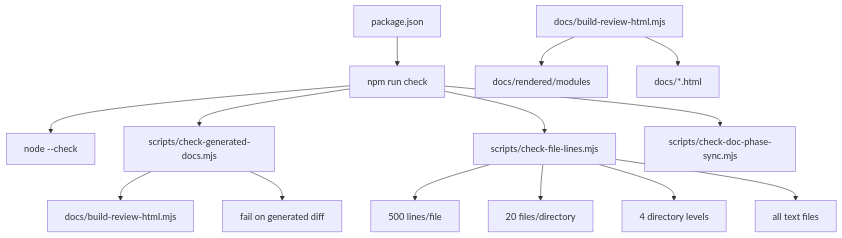
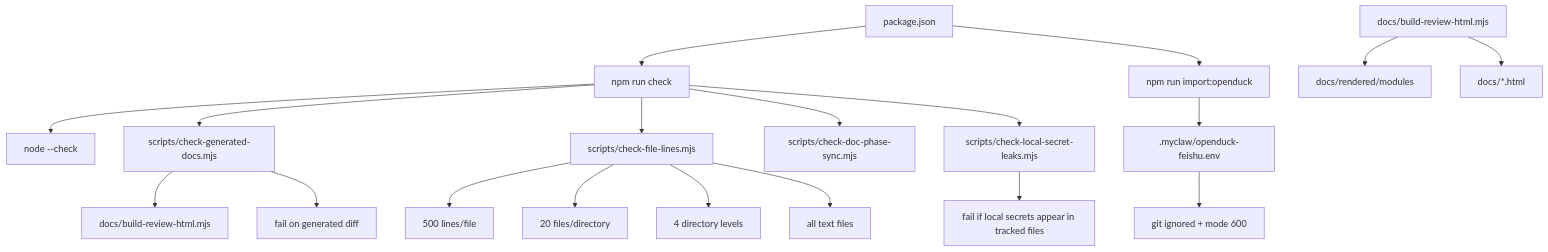
Before and after one commit to mayf3/myclaw: the fourth of 10 diagrams in docs/implementation-architecture.md, drawn with Mermaid. The commit also changed other lines of this file and 28 other files, not shown here.

Commit message:
feat: add safe openduck Feishu import

````diff
--- a/docs/implementation-architecture.md
+++ b/docs/implementation-architecture.md
@@ -100,16 +110,21 @@
 ```mermaid
 flowchart TB
   Package[package.json] --> CheckScript[npm run check]
+  Package --> ImportScript[npm run import:openduck]
   CheckScript --> Syntax[node --check]
   CheckScript --> Generated[scripts/check-generated-docs.mjs]
   CheckScript --> Structure[scripts/check-file-lines.mjs]
   CheckScript --> PhaseSync[scripts/check-doc-phase-sync.mjs]
+  CheckScript --> SecretScan[scripts/check-local-secret-leaks.mjs]
   Generated --> Builder[docs/build-review-html.mjs]
   Generated --> Fresh[fail on generated diff]
   Structure --> LineLimit[500 lines/file]
   Structure --> FileLimit[20 files/directory]
   Structure --> DepthLimit[4 directory levels]
   Structure --> TextDetect[all text files]
   BuildDocs[docs/build-review-html.mjs] --> Rendered[docs/rendered/modules]
   BuildDocs --> DocsRoot[docs/*.html]
+  ImportScript --> LocalOnly[.myclaw/openduck-feishu.env]
+  LocalOnly --> GitIgnored[git ignored + mode 600]
+  SecretScan --> NoLeaks[fail if local secrets appear in tracked files]
 ```
````
